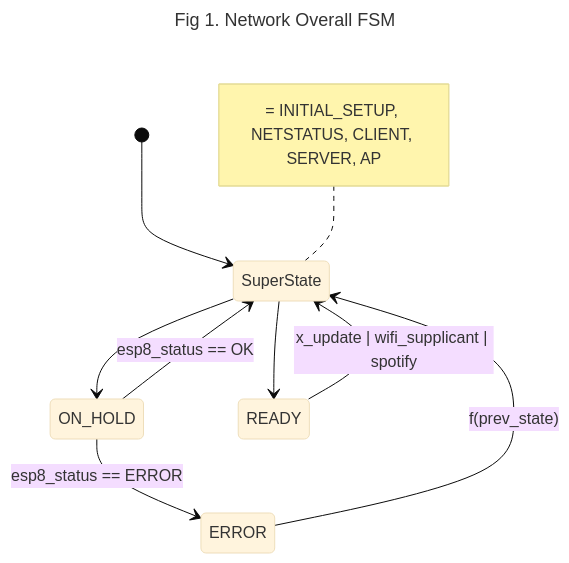
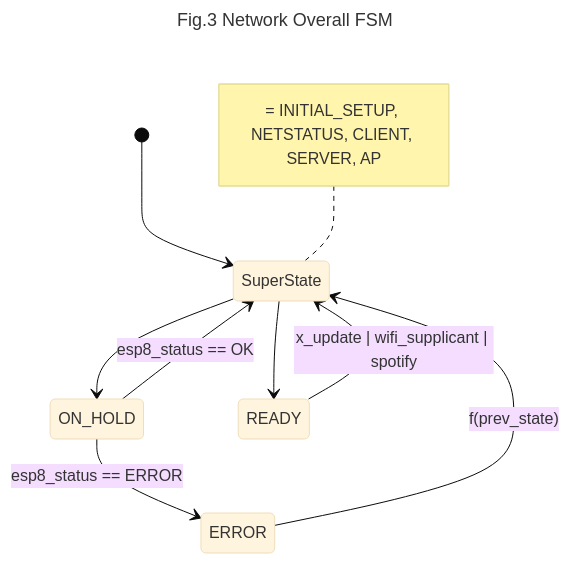
One commit to ckevar/ErikaOS-OnlineWeatherStation changed the first of 2 diagrams in README.md. Above: the diagram before and after it, drawn with Mermaid (base theme). The commit also changed other lines of this file and 4 other files, not shown here.

````diff
--- a/README.md
+++ b/README.md
@@ -144,16 +209,16 @@
 ```mermaid
 ---
-title: Fig 1. Network Overall FSM
+title: Fig.3 Network Overall FSM
 ---
 stateDiagram-v2 
 
 [*] --> SuperState
 SuperState --> ON_HOLD
 ON_HOLD --> SuperState : esp8_status == OK
 ON_HOLD --> ERROR : esp8_status == ERROR
 ERROR --> SuperState : f(prev_state)
 SuperState --> READY : 
 READY --> SuperState : x_update | wifi_supplicant | spotify
 note left of SuperState : = INITIAL_SETUP, NETSTATUS, CLIENT, SERVER, AP
 
 ```
````
